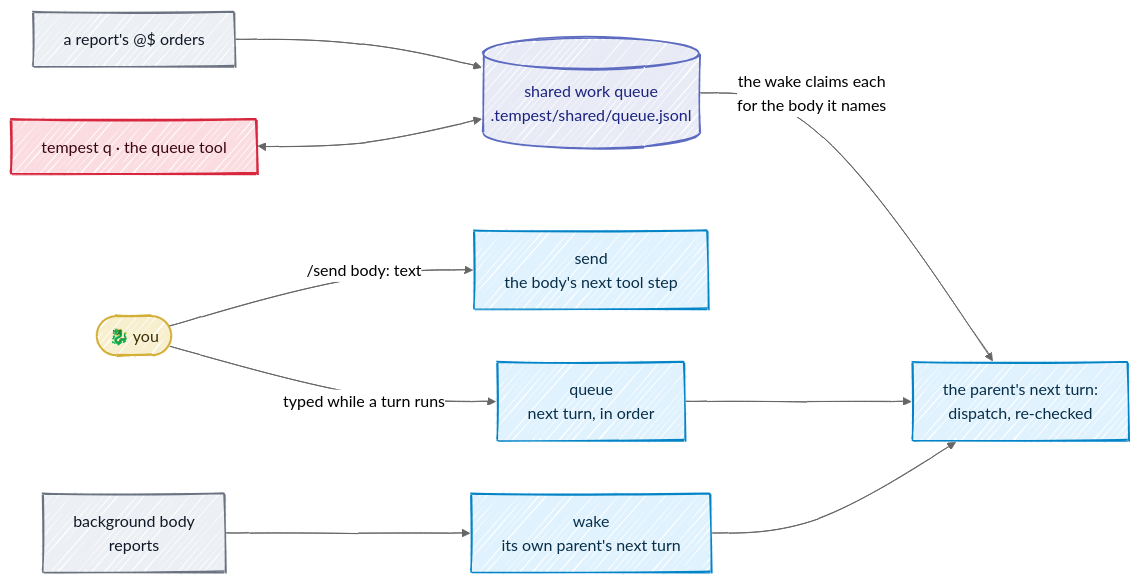
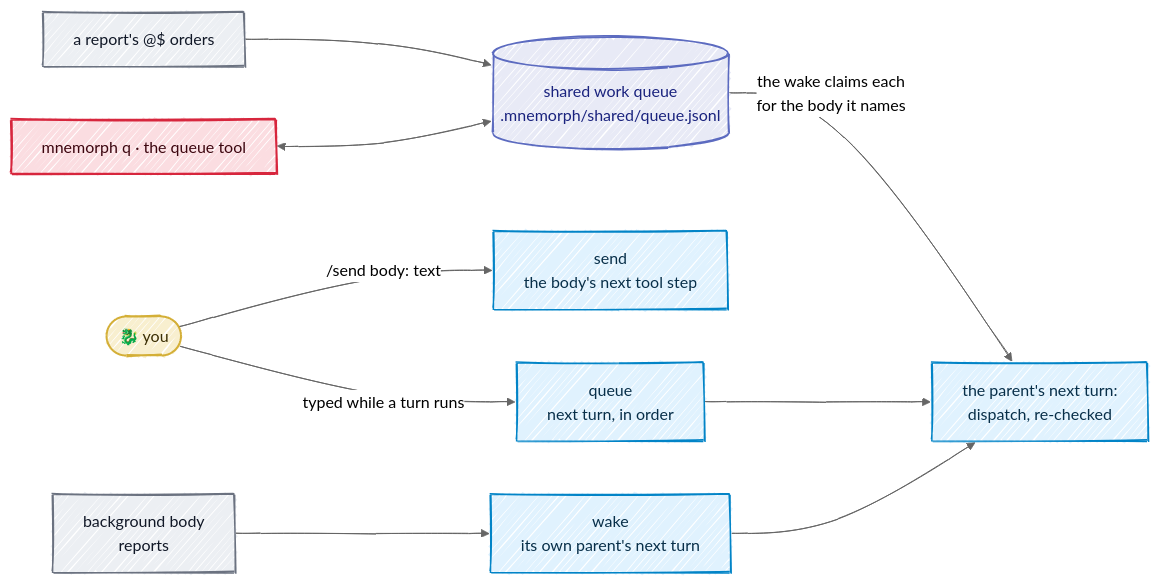
One commit to Kaginari/mnemorph changed the third of 4 diagrams in docs/04-communication.md. Above: the diagram before and after it, drawn with Mermaid. The commit also changed other lines of this file and 195 other files, not shown here.

````diff
--- a/docs/04-communication.md
+++ b/docs/04-communication.md
@@ -177,28 +177,28 @@
 ```mermaid
 ---
 config:
   look: handDrawn
   theme: neutral
   flowchart:
     wrappingWidth: 360
 ---
 flowchart LR
     H(["🐉 you"]) -->|"typed while a turn runs"| Q["queue<br/>next turn, in order"]
     H -->|"/send body: text"| S["send<br/>the body's next tool step"]
     BG["background body<br/>reports"] --> W["wake<br/>its own parent's next turn"]
-    R["a report's @$ orders"] --> SQ[("shared work queue<br/>.tempest/shared/queue.jsonl")]
+    R["a report's @$ orders"] --> SQ[("shared work queue<br/>.mnemorph/shared/queue.jsonl")]
     SQ -->|"the wake claims each<br/>for the body it names"| T["the parent's next turn:<br/>dispatch, re-checked"]
     Q --> T
     W --> T
-    TQ["tempest q · the queue tool"] <--> SQ
+    TQ["mnemorph q · the queue tool"] <--> SQ
     classDef human fill:#f8efcf,stroke:#D4AF37,stroke-width:2px,color:#3a2e05
     class H human
     classDef step fill:#e0f2fe,stroke:#0284c7,stroke-width:1.5px,color:#082f49
     class Q,S,W,T step
     classDef outside fill:#eceff3,stroke:#6b7280,stroke-width:1.5px,color:#111827
     class BG,R outside
     classDef store fill:#e8eaf6,stroke:#5c6bc0,stroke-width:1.5px,color:#1a237e
     class SQ store
     classDef kijin fill:#fbdde1,stroke:#D7263D,stroke-width:2px,color:#3d0710
     class TQ kijin
 ```
````
